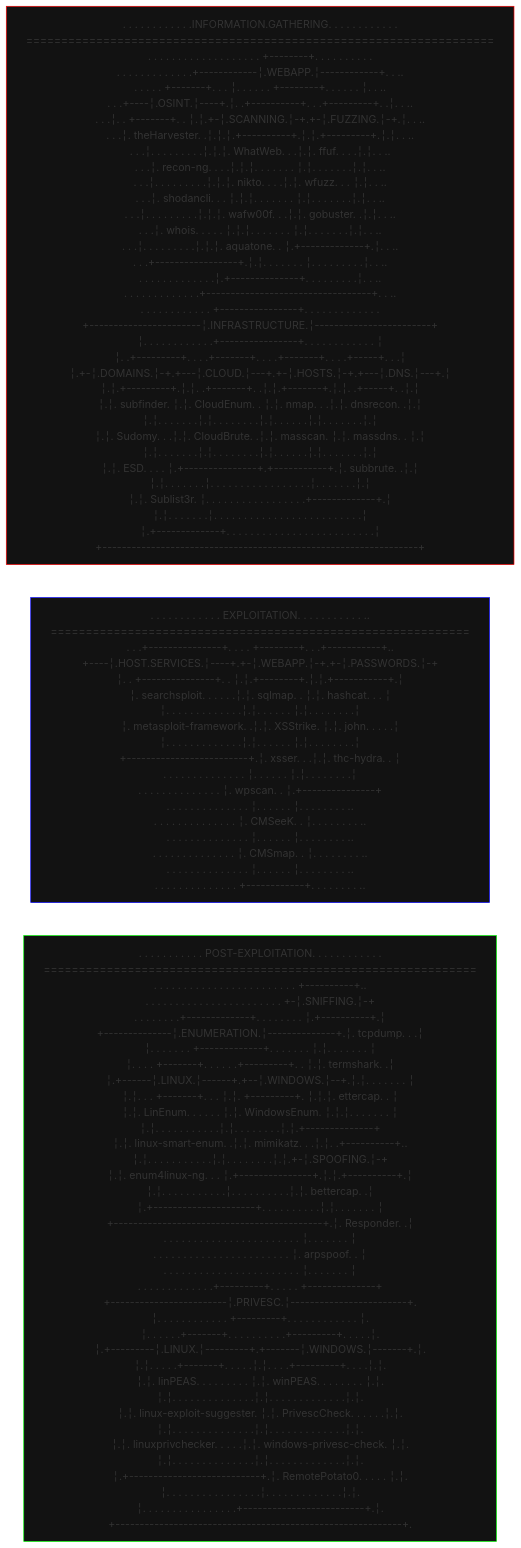
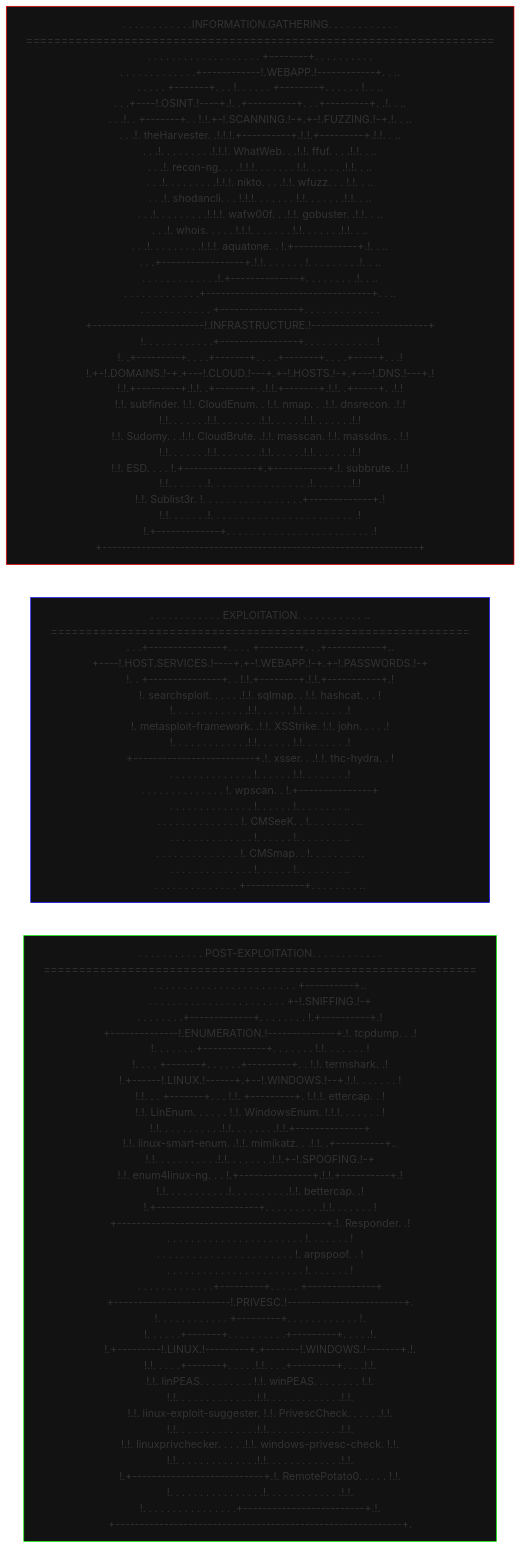
One commit to Skalyaeve/a-process changed the diagram in base.README.md. Above: the diagram before and after it, drawn with Mermaid. The commit also changed 1 other file, not shown here.

```diff
--- a/base.README.md
+++ b/base.README.md
@@ -4,95 +4,95 @@
 . . . . . . . . . . . .INFORMATION.GATHERING. . . . . . . . . . . .
 ===================================================================
 . . . . . . . . . . . . . . . . . . . +--------+. . . . . . . . . .
-. . . . . . . . . . . . .+------------╎.WEBAPP.╎------------+. . ..
-. . . . . +-------+. . . ╎. . . . . . +--------+. . . . . . ╎. . ..
-. . .+----╎.OSINT.╎----+.╎. .+----------+. . .+---------+. .╎. . ..
-. . .╎. . +-------+. . ╎.╎.+-╎.SCANNING.╎-+.+-╎.FUZZING.╎-+.╎. . ..
-. . .╎. theHarvester. .╎.╎.╎.+----------+.╎.╎.+---------+.╎.╎. . ..
-. . .╎. . . . . . . . .╎.╎.╎. WhatWeb. . .╎.╎. ffuf. . . .╎.╎. . ..
-. . .╎. recon-ng. . . .╎.╎.╎. . . . . . . ╎.╎. . . . . . .╎.╎. . ..
-. . .╎. . . . . . . . .╎.╎.╎. nikto. . . .╎.╎. wfuzz. . . ╎.╎. . ..
-. . .╎. shodancli. . . ╎.╎.╎. . . . . . . ╎.╎. . . . . . .╎.╎. . ..
-. . .╎. . . . . . . . .╎.╎.╎. wafw00f. . .╎.╎. gobuster. .╎.╎. . ..
-. . .╎. whois. . . . . ╎.╎.╎. . . . . . . ╎.╎. . . . . . .╎.╎. . ..
-. . .╎. . . . . . . . .╎.╎.╎. aquatone. . ╎.+-------------+.╎. . ..
-. . .+-----------------+.╎.╎. . . . . . . ╎. . . . . . . . .╎. . ..
-. . . . . . . . . . . . .╎.+--------------+. . . . . . . . .╎. . ..
+. . . . . . . . . . . . .+------------!.WEBAPP.!------------+. . ..
+. . . . . +-------+. . . !. . . . . . +--------+. . . . . . !. . ..
+. . .+----!.OSINT.!----+.!. .+----------+. . .+---------+. .!. . ..
+. . .!. . +-------+. . !.!.+-!.SCANNING.!-+.+-!.FUZZING.!-+.!. . ..
+. . .!. theHarvester. .!.!.!.+----------+.!.!.+---------+.!.!. . ..
+. . .!. . . . . . . . .!.!.!. WhatWeb. . .!.!. ffuf. . . .!.!. . ..
+. . .!. recon-ng. . . .!.!.!. . . . . . . !.!. . . . . . .!.!. . ..
+. . .!. . . . . . . . .!.!.!. nikto. . . .!.!. wfuzz. . . !.!. . ..
+. . .!. shodancli. . . !.!.!. . . . . . . !.!. . . . . . .!.!. . ..
+. . .!. . . . . . . . .!.!.!. wafw00f. . .!.!. gobuster. .!.!. . ..
+. . .!. whois. . . . . !.!.!. . . . . . . !.!. . . . . . .!.!. . ..
+. . .!. . . . . . . . .!.!.!. aquatone. . !.+-------------+.!. . ..
+. . .+-----------------+.!.!. . . . . . . !. . . . . . . . .!. . ..
+. . . . . . . . . . . . .!.+--------------+. . . . . . . . .!. . ..
 . . . . . . . . . . . . .+----------------------------------+. . ..
 . . . . . . . . . . . . +----------------+. . . . . . . . . . . . .
-+-----------------------╎.INFRASTRUCTURE.╎------------------------+
-╎. . . . . . . . . . . .+----------------+. . . . . . . . . . . . ╎
-╎. .+---------+. . . .+-------+. . . .+-------+. . . .+-----+. . .╎
-╎.+-╎.DOMAINS.╎-+.+---╎.CLOUD.╎---+.+-╎.HOSTS.╎-+.+---╎.DNS.╎---+.╎
-╎.╎.+---------+.╎.╎. .+-------+. .╎.╎.+-------+.╎.╎. .+-----+. .╎.╎
-╎.╎. subfinder. ╎.╎. CloudEnum. . ╎.╎. nmap. . .╎.╎. dnsrecon. .╎.╎
-╎.╎. . . . . . .╎.╎. . . . . . . .╎.╎. . . . . .╎.╎. . . . . . .╎.╎
-╎.╎. Sudomy. . .╎.╎. CloudBrute. .╎.╎. masscan. ╎.╎. massdns. . ╎.╎
-╎.╎. . . . . . .╎.╎. . . . . . . .╎.╎. . . . . .╎.╎. . . . . . .╎.╎
-╎.╎. ESD. . . . ╎.+---------------+.+-----------+.╎. subbrute. .╎.╎
-╎.╎. . . . . . .╎. . . . . . . . . . . . . . . . .╎. . . . . . .╎.╎
-╎.╎. Sublist3r. ╎. . . . . . . . . . . . . . . . .+-------------+.╎
-╎.╎. . . . . . .╎. . . . . . . . . . . . . . . . . . . . . . . . .╎
-╎.+-------------+. . . . . . . . . . . . . . . . . . . . . . . . .╎
++-----------------------!.INFRASTRUCTURE.!------------------------+
+!. . . . . . . . . . . .+----------------+. . . . . . . . . . . . !
+!. .+---------+. . . .+-------+. . . .+-------+. . . .+-----+. . .!
+!.+-!.DOMAINS.!-+.+---!.CLOUD.!---+.+-!.HOSTS.!-+.+---!.DNS.!---+.!
+!.!.+---------+.!.!. .+-------+. .!.!.+-------+.!.!. .+-----+. .!.!
+!.!. subfinder. !.!. CloudEnum. . !.!. nmap. . .!.!. dnsrecon. .!.!
+!.!. . . . . . .!.!. . . . . . . .!.!. . . . . .!.!. . . . . . .!.!
+!.!. Sudomy. . .!.!. CloudBrute. .!.!. masscan. !.!. massdns. . !.!
+!.!. . . . . . .!.!. . . . . . . .!.!. . . . . .!.!. . . . . . .!.!
+!.!. ESD. . . . !.+---------------+.+-----------+.!. subbrute. .!.!
+!.!. . . . . . .!. . . . . . . . . . . . . . . . .!. . . . . . .!.!
+!.!. Sublist3r. !. . . . . . . . . . . . . . . . .+-------------+.!
+!.!. . . . . . .!. . . . . . . . . . . . . . . . . . . . . . . . .!
+!.+-------------+. . . . . . . . . . . . . . . . . . . . . . . . .!
 +-----------------------------------------------------------------+
 ]
 exploitation[
 . . . . . . . . . . . . EXPLOITATION. . . . . . . . . . . ..
 ============================================================
 . . .+---------------+. . . . +--------+. . .+-----------+..
-+----╎.HOST.SERVICES.╎----+.+-╎.WEBAPP.╎-+.+-╎.PASSWORDS.╎-+
-╎. . +---------------+. . ╎.╎.+--------+.╎.╎.+-----------+.╎
-╎. searchsploit. . . . . .╎.╎. sqlmap. . ╎.╎. hashcat. . . ╎
-╎. . . . . . . . . . . . .╎.╎. . . . . . ╎.╎. . . . . . . .╎
-╎. metasploit-framework. .╎.╎. XSStrike. ╎.╎. john. . . . .╎
-╎. . . . . . . . . . . . .╎.╎. . . . . . ╎.╎. . . . . . . .╎
-+-------------------------+.╎. xsser. . .╎.╎. thc-hydra. . ╎
-. . . . . . . . . . . . . . ╎. . . . . . ╎.╎. . . . . . . .╎
-. . . . . . . . . . . . . . ╎. wpscan. . ╎.+---------------+
-. . . . . . . . . . . . . . ╎. . . . . . ╎. . . . . . . . ..
-. . . . . . . . . . . . . . ╎. CMSeeK. . ╎. . . . . . . . ..
-. . . . . . . . . . . . . . ╎. . . . . . ╎. . . . . . . . ..
-. . . . . . . . . . . . . . ╎. CMSmap. . ╎. . . . . . . . ..
-. . . . . . . . . . . . . . ╎. . . . . . ╎. . . . . . . . ..
++----!.HOST.SERVICES.!----+.+-!.WEBAPP.!-+.+-!.PASSWORDS.!-+
+!. . +---------------+. . !.!.+--------+.!.!.+-----------+.!
+!. searchsploit. . . . . .!.!. sqlmap. . !.!. hashcat. . . !
+!. . . . . . . . . . . . .!.!. . . . . . !.!. . . . . . . .!
+!. metasploit-framework. .!.!. XSStrike. !.!. john. . . . .!
+!. . . . . . . . . . . . .!.!. . . . . . !.!. . . . . . . .!
++-------------------------+.!. xsser. . .!.!. thc-hydra. . !
+. . . . . . . . . . . . . . !. . . . . . !.!. . . . . . . .!
+. . . . . . . . . . . . . . !. wpscan. . !.+---------------+
+. . . . . . . . . . . . . . !. . . . . . !. . . . . . . . ..
+. . . . . . . . . . . . . . !. CMSeeK. . !. . . . . . . . ..
+. . . . . . . . . . . . . . !. . . . . . !. . . . . . . . ..
+. . . . . . . . . . . . . . !. CMSmap. . !. . . . . . . . ..
+. . . . . . . . . . . . . . !. . . . . . !. . . . . . . . ..
 . . . . . . . . . . . . . . +------------+. . . . . . . . ..
 ]
 post-exploitation[
 . . . . . . . . . . . POST-EXPLOITATION. . . . . . . . . . . .
 ==============================================================
 . . . . . . . . . . . . . . . . . . . . . . . . +----------+..
-. . . . . . . . . . . . . . . . . . . . . . . +-╎.SNIFFING.╎-+
-. . . . . . . .+-------------+. . . . . . . . ╎.+----------+.╎
-+--------------╎.ENUMERATION.╎--------------+.╎. tcpdump. . .╎
-╎. . . . . . . +-------------+. . . . . . . ╎.╎. . . . . . . ╎
-╎. . . . +-------+. . . . . .+---------+. . ╎.╎. termshark. .╎
-╎.+------╎.LINUX.╎------+.+--╎.WINDOWS.╎--+.╎.╎. . . . . . . ╎
-╎.╎. . . +-------+. . . ╎.╎. +---------+. ╎.╎.╎. ettercap. . ╎
-╎.╎. LinEnum. . . . . . ╎.╎. WindowsEnum. ╎.╎.╎. . . . . . . ╎
-╎.╎. . . . . . . . . . .╎.╎. . . . . . . .╎.╎.+--------------+
-╎.╎. linux-smart-enum. .╎.╎. mimikatz. . .╎.╎. .+----------+..
-╎.╎. . . . . . . . . . .╎.╎. . . . . . . .╎.╎.+-╎.SPOOFING.╎-+
-╎.╎. enum4linux-ng. . . ╎.+---------------+.╎.╎.+----------+.╎
-╎.╎. . . . . . . . . . .╎. . . . . . . . . .╎.╎. bettercap. .╎
-╎.+---------------------+. . . . . . . . . .╎.╎. . . . . . . ╎
-+-------------------------------------------+.╎. Responder. .╎
-. . . . . . . . . . . . . . . . . . . . . . . ╎. . . . . . . ╎
-. . . . . . . . . . . . . . . . . . . . . . . ╎. arpspoof. . ╎
-. . . . . . . . . . . . . . . . . . . . . . . ╎. . . . . . . ╎
+. . . . . . . . . . . . . . . . . . . . . . . +-!.SNIFFING.!-+
+. . . . . . . .+-------------+. . . . . . . . !.+----------+.!
++--------------!.ENUMERATION.!--------------+.!. tcpdump. . .!
+!. . . . . . . +-------------+. . . . . . . !.!. . . . . . . !
+!. . . . +-------+. . . . . .+---------+. . !.!. termshark. .!
+!.+------!.LINUX.!------+.+--!.WINDOWS.!--+.!.!. . . . . . . !
+!.!. . . +-------+. . . !.!. +---------+. !.!.!. ettercap. . !
+!.!. LinEnum. . . . . . !.!. WindowsEnum. !.!.!. . . . . . . !
+!.!. . . . . . . . . . .!.!. . . . . . . .!.!.+--------------+
+!.!. linux-smart-enum. .!.!. mimikatz. . .!.!. .+----------+..
+!.!. . . . . . . . . . .!.!. . . . . . . .!.!.+-!.SPOOFING.!-+
+!.!. enum4linux-ng. . . !.+---------------+.!.!.+----------+.!
+!.!. . . . . . . . . . .!. . . . . . . . . .!.!. bettercap. .!
+!.+---------------------+. . . . . . . . . .!.!. . . . . . . !
++-------------------------------------------+.!. Responder. .!
+. . . . . . . . . . . . . . . . . . . . . . . !. . . . . . . !
+. . . . . . . . . . . . . . . . . . . . . . . !. arpspoof. . !
+. . . . . . . . . . . . . . . . . . . . . . . !. . . . . . . !
 . . . . . . . . . . . . .+---------+. . . . . +--------------+
-+------------------------╎.PRIVESC.╎------------------------+.
-╎. . . . . . . . . . . . +---------+. . . . . . . . . . . . ╎.
-╎. . . . . .+-------+. . . . . . . . . .+---------+. . . . .╎.
-╎.+---------╎.LINUX.╎---------+.+-------╎.WINDOWS.╎-------+.╎.
-╎.╎. . . . .+-------+. . . . .╎.╎. . . .+---------+. . . .╎.╎.
-╎.╎. linPEAS. . . . . . . . . ╎.╎. winPEAS. . . . . . . . ╎.╎.
-╎.╎. . . . . . . . . . . . . .╎.╎. . . . . . . . . . . . .╎.╎.
-╎.╎. linux-exploit-suggester. ╎.╎. PrivescCheck. . . . . .╎.╎.
-╎.╎. . . . . . . . . . . . . .╎.╎. . . . . . . . . . . . .╎.╎.
-╎.╎. linuxprivchecker. . . . .╎.╎. windows-privesc-check. ╎.╎.
-╎.╎. . . . . . . . . . . . . .╎.╎. . . . . . . . . . . . .╎.╎.
-╎.+---------------------------+.╎. RemotePotato0. . . . . ╎.╎.
-╎. . . . . . . . . . . . . . . .╎. . . . . . . . . . . . .╎.╎.
-╎. . . . . . . . . . . . . . . .+-------------------------+.╎.
++------------------------!.PRIVESC.!------------------------+.
+!. . . . . . . . . . . . +---------+. . . . . . . . . . . . !.
+!. . . . . .+-------+. . . . . . . . . .+---------+. . . . .!.
+!.+---------!.LINUX.!---------+.+-------!.WINDOWS.!-------+.!.
+!.!. . . . .+-------+. . . . .!.!. . . .+---------+. . . .!.!.
+!.!. linPEAS. . . . . . . . . !.!. winPEAS. . . . . . . . !.!.
+!.!. . . . . . . . . . . . . .!.!. . . . . . . . . . . . .!.!.
+!.!. linux-exploit-suggester. !.!. PrivescCheck. . . . . .!.!.
+!.!. . . . . . . . . . . . . .!.!. . . . . . . . . . . . .!.!.
+!.!. linuxprivchecker. . . . .!.!. windows-privesc-check. !.!.
+!.!. . . . . . . . . . . . . .!.!. . . . . . . . . . . . .!.!.
+!.+---------------------------+.!. RemotePotato0. . . . . !.!.
+!. . . . . . . . . . . . . . . .!. . . . . . . . . . . . .!.!.
+!. . . . . . . . . . . . . . . .+-------------------------+.!.
 +-----------------------------------------------------------+.
 ]
 style information-gathering fill:#121212,stroke:#ff0000
```
